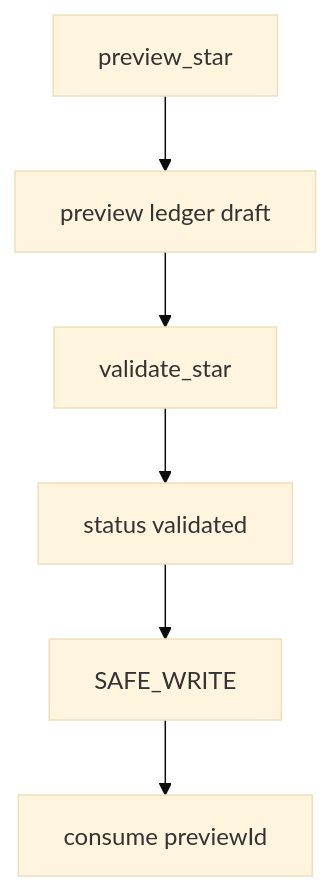
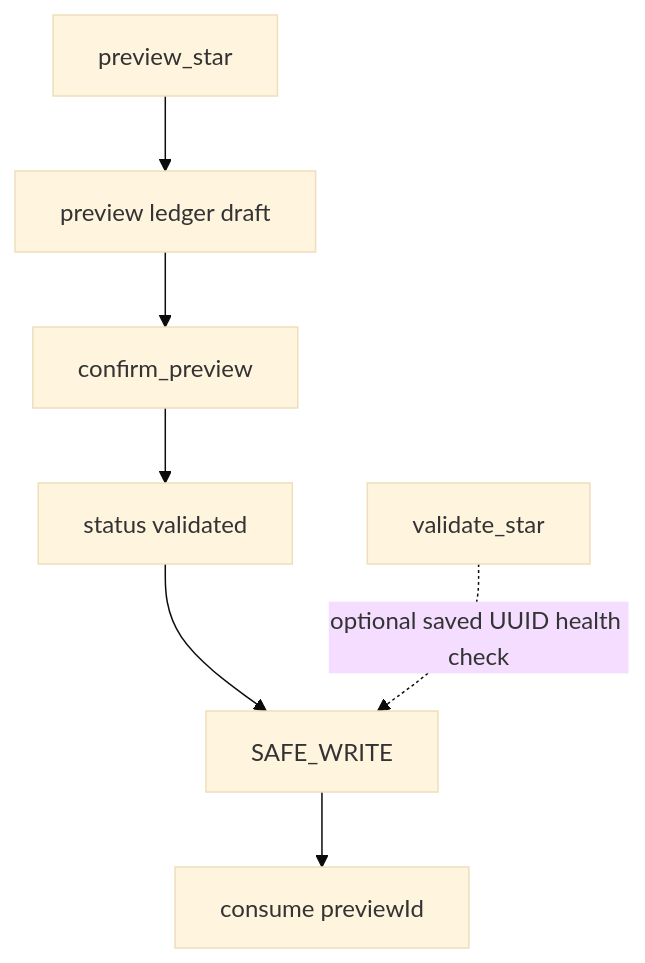
Before and after one commit to yu-iskw/lightdash-tools: the diagram in docs/adr/0014-mcp-content-developer-persona-mutation-boundary.md, drawn with Mermaid (base theme). The commit also changed other lines of this file and 16 other files, not shown here.

First line of the commit message:
fix(mcp): unlock content-developer writes via confirm_preview only

````diff
--- a/docs/adr/0014-mcp-content-developer-persona-mutation-boundary.md
+++ b/docs/adr/0014-mcp-content-developer-persona-mutation-boundary.md
@@ -37,8 +37,9 @@
 ```mermaid
 flowchart TD
   preview[preview_star] --> ledger[preview ledger draft]
-  ledger --> validate[validate_star]
-  validate --> validated[status validated]
+  ledger --> confirm[confirm_preview]
+  confirm --> validated[status validated]
   validated --> apply[SAFE_WRITE]
   apply --> consume[consume previewId]
+  validate[validate_star] -.->|"optional saved UUID health check"| apply
 ```
````
